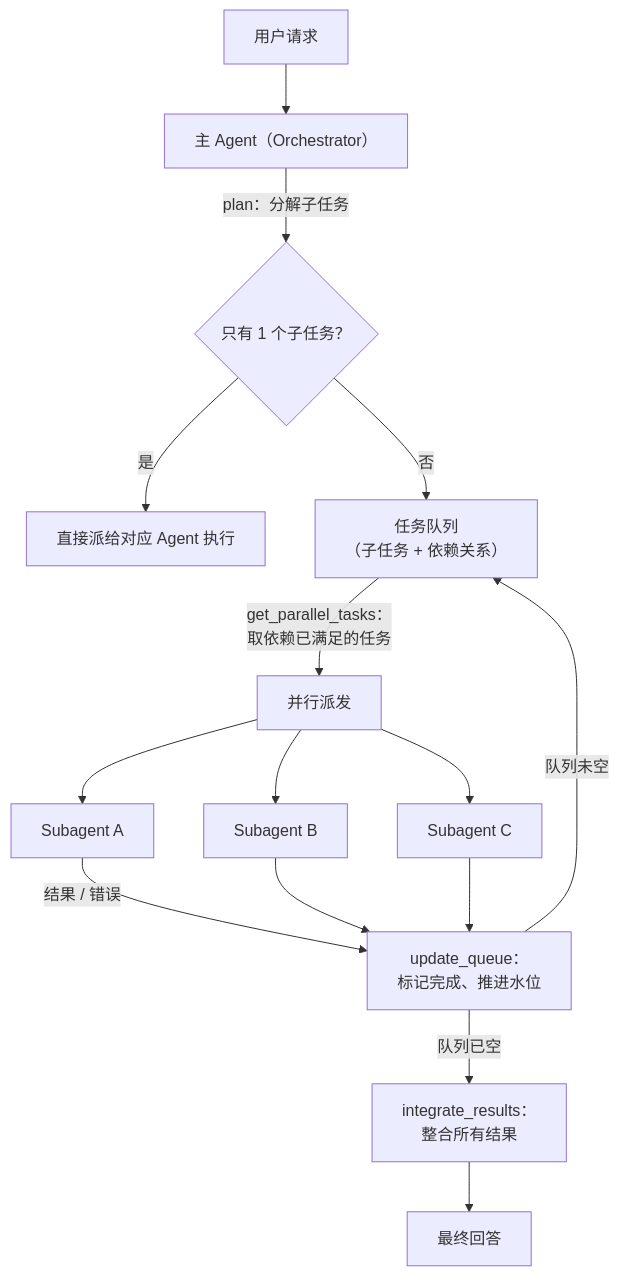
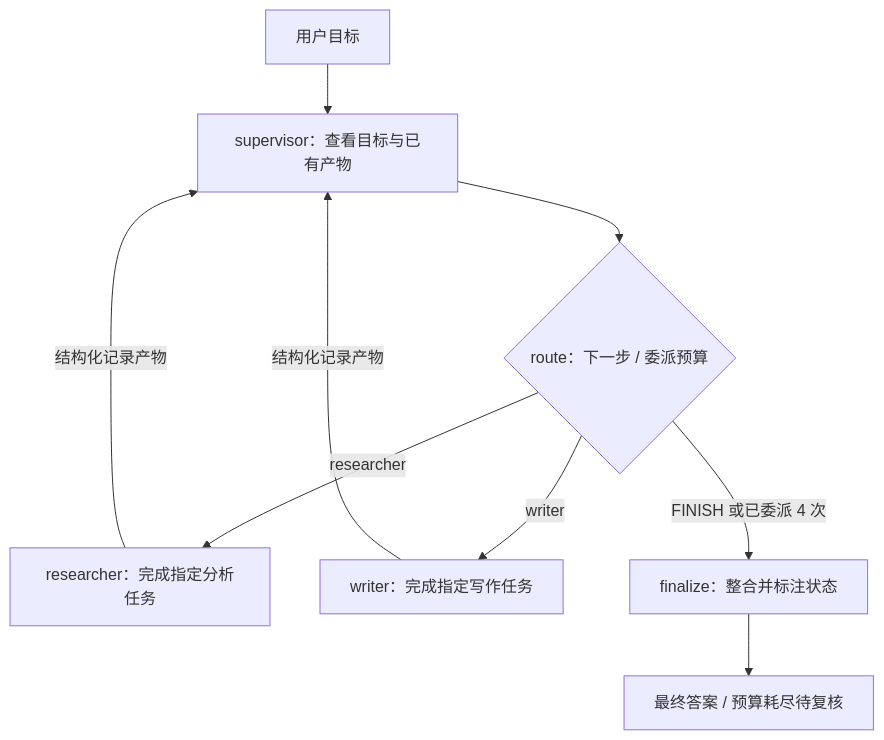
Before and after one commit to AI-Redfish/Agent: the sixth of 8 diagrams in 04.Agent开发/05.multiAgent/01.多智能体系统设计.md, drawn with Mermaid. The commit also changed other lines of this file and 12 other files, not shown here.

````diff
--- a/04.Agent开发/05.multiAgent/01.多智能体系统设计.md
+++ b/04.Agent开发/05.multiAgent/01.多智能体系统设计.md
@@ -207,17 +531,11 @@
 ```mermaid
 flowchart TD
-    REQ["用户请求"] --> O["主 Agent（Orchestrator）"]
-    O -->|"plan：分解子任务"| D{"只有 1 个子任务？"}
-    D -->|"是"| ONE["直接派给对应 Agent 执行"]
-    D -->|"否"| Q["任务队列<br/>（子任务 + 依赖关系）"]
-    Q -->|"get_parallel_tasks：<br/>取依赖已满足的任务"| PAR["并行派发"]
-    PAR --> SA["Subagent A"]
-    PAR --> SB["Subagent B"]
-    PAR --> SC["Subagent C"]
-    SA -->|"结果 / 错误"| UQ["update_queue：<br/>标记完成、推进水位"]
-    SB --> UQ
-    SC --> UQ
-    UQ -->|"队列未空"| Q
-    UQ -->|"队列已空"| INT["integrate_results：<br/>整合所有结果"]
-    INT --> ANS["最终回答"]
+    IN["用户目标"] --> S["supervisor：查看目标与已有产物"]
+    S --> R{"route：下一步 / 委派预算"}
+    R -->|"researcher"| A["researcher：完成指定分析任务"]
+    R -->|"writer"| B["writer：完成指定写作任务"]
+    A -->|"结构化记录产物"| S
+    B -->|"结构化记录产物"| S
+    R -->|"FINISH 或已委派 4 次"| F["finalize：整合并标注状态"]
+    F --> OUT["最终答案 / 预算耗尽待复核"]
 ```
````
